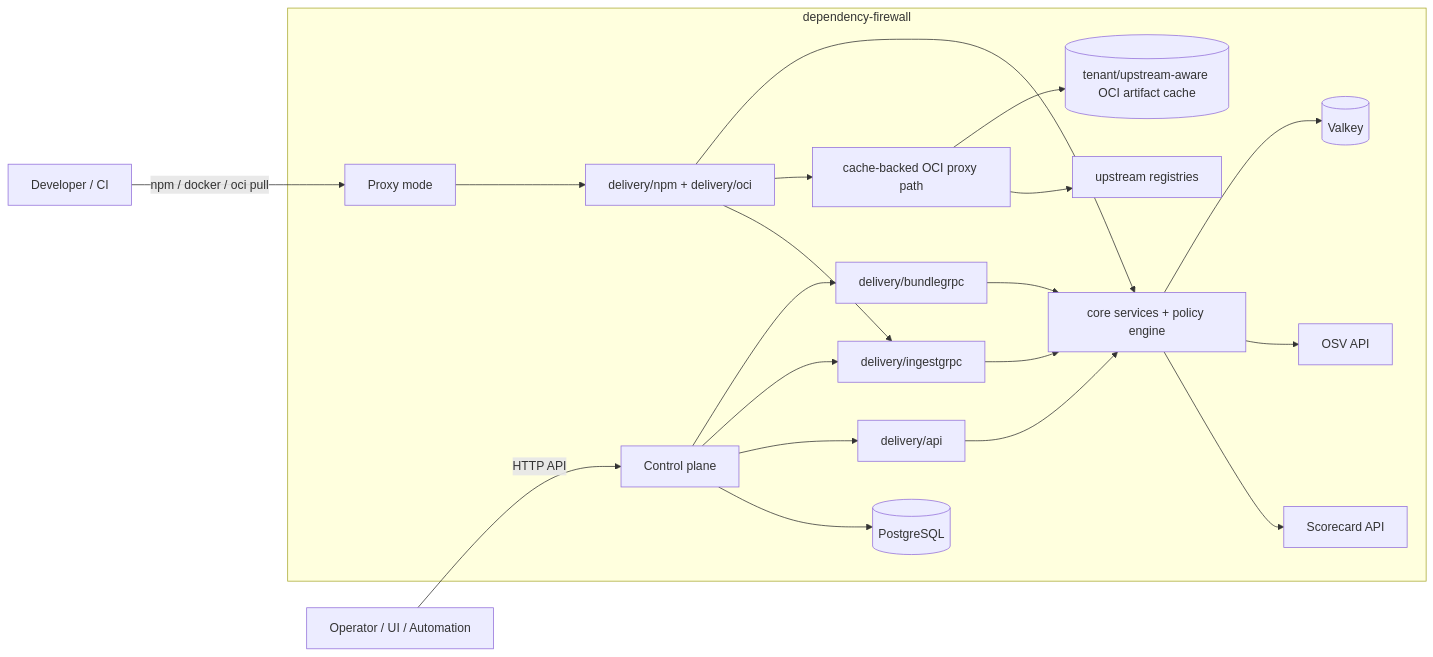
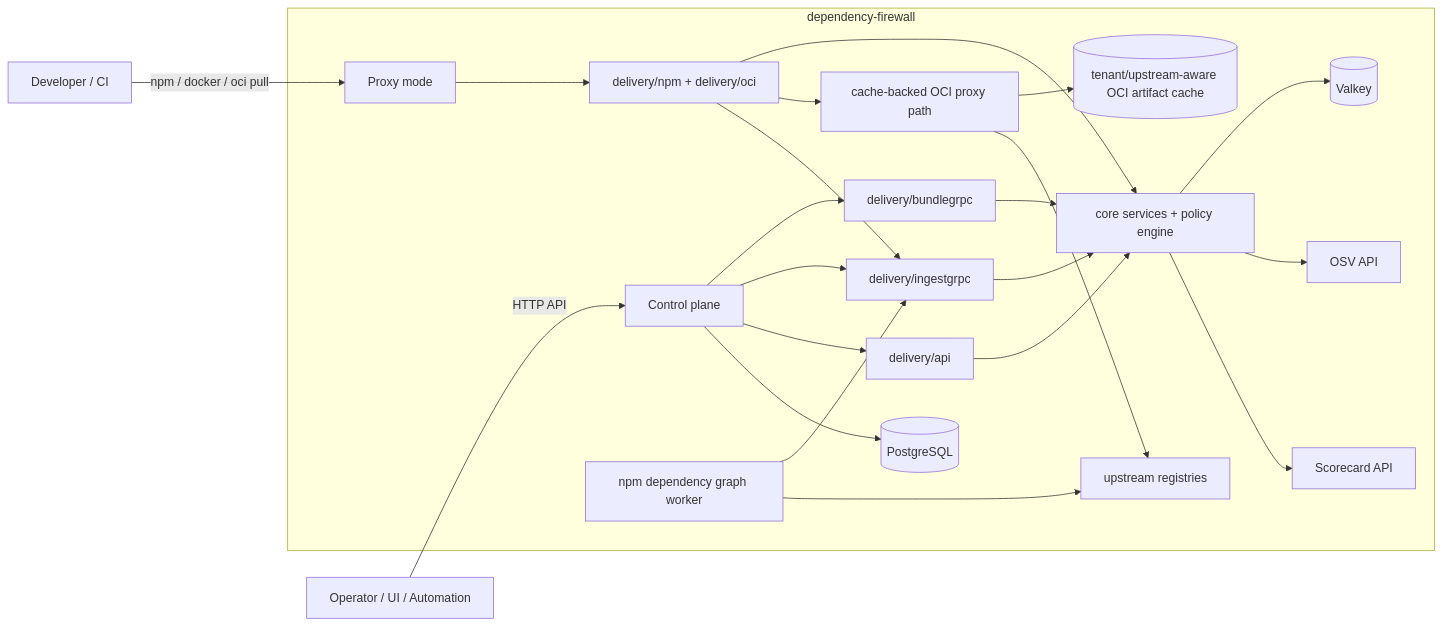
One commit to terrpan/dependency-firewall changed the first of 5 diagrams in docs/architecture.md. Above: the diagram before and after it, drawn with Mermaid. The commit also changed other lines of this file and 96 other files, not shown here.

Commit message:
feat: add async npm dependency graph backend (#1)

````diff
--- a/docs/architecture.md
+++ b/docs/architecture.md
@@ -28,27 +36,29 @@
 ```mermaid
 flowchart LR
     developer[Developer / CI]
     operator[Operator / UI / Automation]
 
     developer -->|npm / docker / oci pull| dataplane[Proxy mode]
     operator -->|HTTP API| controlplane[Control plane]
 
     subgraph firewall[dependency-firewall]
         controlplane --> bundle[delivery/bundlegrpc]
         controlplane --> ingest[delivery/ingestgrpc]
         dataplane --> deliveryProxy[delivery/npm + delivery/oci]
         controlplane --> deliveryAPI[delivery/api]
         bundle --> core
         ingest --> core
         deliveryProxy --> core[core services + policy engine]
         deliveryProxy --> ociProxy[cache-backed OCI proxy path]
         deliveryAPI --> core
         controlplane --> postgres[(PostgreSQL)]
         core --> valkey[(Valkey)]
+        graphWorker[npm dependency graph worker] --> ingest
+        graphWorker --> upstreams
         ociProxy --> ociCache[(tenant/upstream-aware OCI artifact cache)]
         core --> osv[OSV API]
         core --> scorecard[Scorecard API]
         deliveryProxy --> ingest
         ociProxy --> upstreams[upstream registries]
     end
 ```
````
